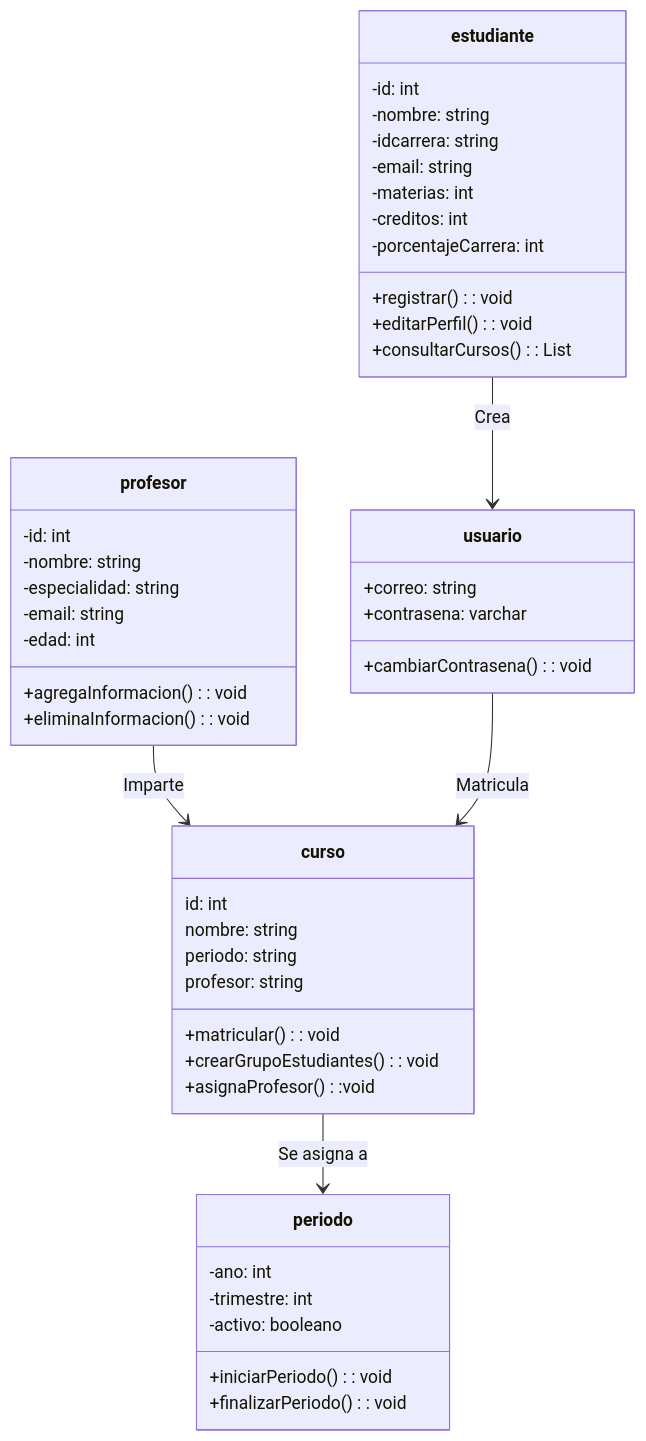
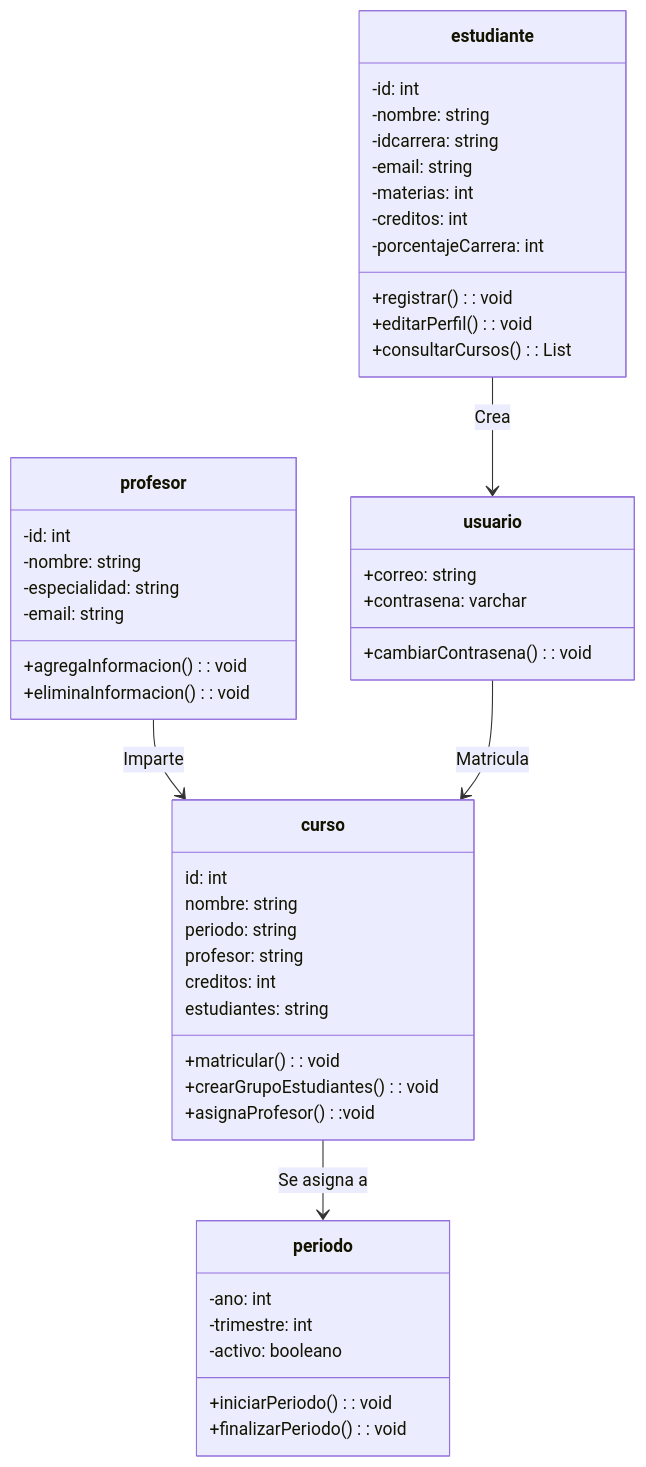
The diagram in diagramaUML.mmd (Brandon-Yoel/Proyecto-de-WEB), drawn with Mermaid before and after one commit. The commit also changed 2 other files, not shown here.

```diff
--- a/diagramaUML.mmd
+++ b/diagramaUML.mmd
@@ -1,48 +1,49 @@
 classDiagram
     class periodo{
         -ano: int
         -trimestre: int
         -activo: booleano
         +iniciarPeriodo(): void
         +finalizarPeriodo(): void
     }
     class curso{
         id: int 
         nombre: string
         periodo: string
         profesor: string
+        creditos: int
+        estudiantes: string
         +matricular(): void
         +crearGrupoEstudiantes(): void
         +asignaProfesor():void
     }
     class profesor{
         -id: int
         -nombre: string
         -especialidad: string
         -email: string
-        -edad: int
         +agregaInformacion(): void
         +eliminaInformacion(): void
     }
     class estudiante{
         -id: int
         -nombre: string
         -idcarrera: string
         -email: string
         -materias: int
         -creditos: int
         -porcentajeCarrera: int
         +registrar(): void
         +editarPerfil(): void
         +consultarCursos(): List<Curso>
     }
     class usuario{
         +correo: string
         +contrasena: varchar
         +cambiarContrasena(): void
     }
     
     curso --> periodo: Se asigna a
     profesor --> curso: Imparte 
     usuario --> curso: Matricula
     estudiante --> usuario: Crea
```
